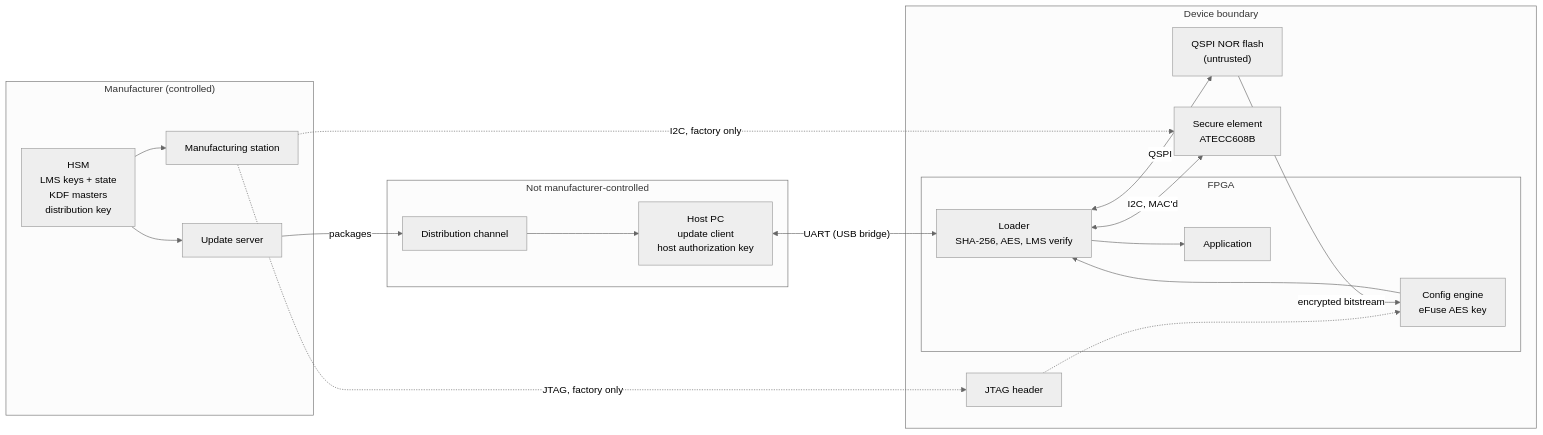
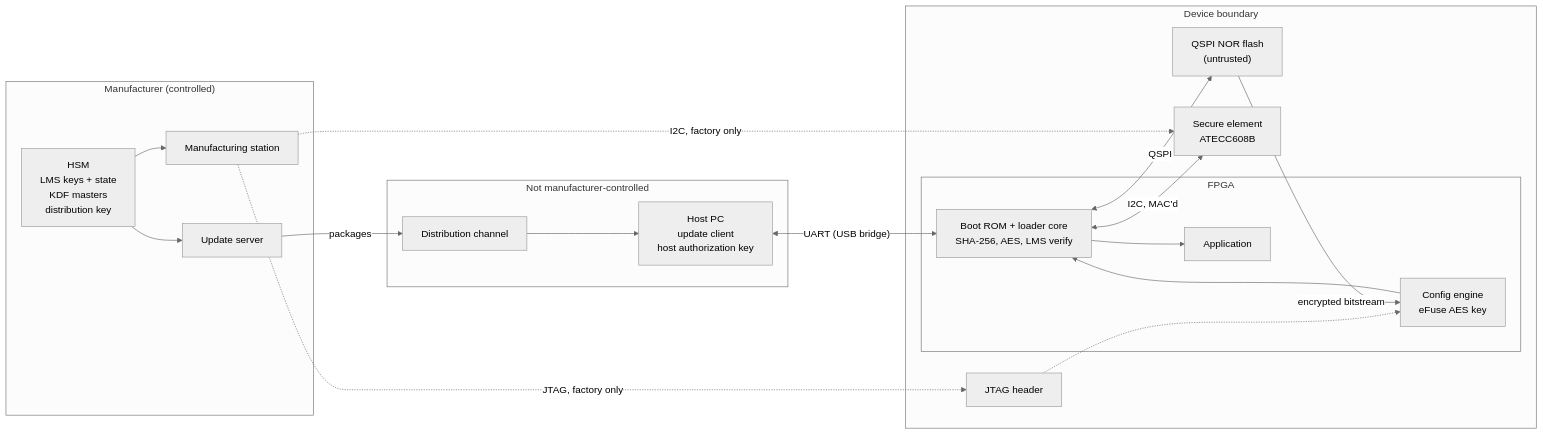
One commit to bradleyeckert/thriller changed the first of 7 diagrams in doc/fda.md. Above: the diagram before and after it, drawn with Mermaid (neutral theme). The commit also changed other lines of this file and 3 other files, not shown here.

First line of the commit message:
README, arch, fda: platform = bitstream + updatable loader under counter 0; boot ROM stage; per-board loader packages; document index

````diff
--- a/doc/fda.md
+++ b/doc/fda.md
@@ -48,32 +48,32 @@
 ```mermaid
 flowchart LR
   subgraph MFR["Manufacturer (controlled)"]
     HSM["HSM<br/>LMS keys + state<br/>KDF masters<br/>distribution key"]
     SRV["Update server"]
     MFG["Manufacturing station"]
   end
   subgraph EXT["Not manufacturer-controlled"]
     DIST["Distribution channel"]
     HOST["Host PC<br/>update client<br/>host authorization key"]
   end
   subgraph DEV["Device boundary"]
     subgraph FPGA["FPGA"]
       CE["Config engine<br/>eFuse AES key"]
-      LDR["Loader<br/>SHA-256, AES, LMS verify"]
+      LDR["Boot ROM + loader core<br/>SHA-256, AES, LMS verify"]
       APP["Application"]
     end
     SE["Secure element<br/>ATECC608B"]
     FL["QSPI NOR flash<br/>(untrusted)"]
     JTAG["JTAG header"]
   end
   HSM --> SRV
   HSM --> MFG
   SRV -->|packages| DIST --> HOST
   HOST <-->|"UART (USB bridge)"| LDR
   MFG -.->|"JTAG, factory only"| JTAG -.-> CE
   MFG -.->|"I2C, factory only"| SE
   FL -->|encrypted bitstream| CE --> LDR
   LDR <-->|"I2C, MAC'd"| SE
   LDR <-->|QSPI| FL
   LDR --> APP
 ```
````
